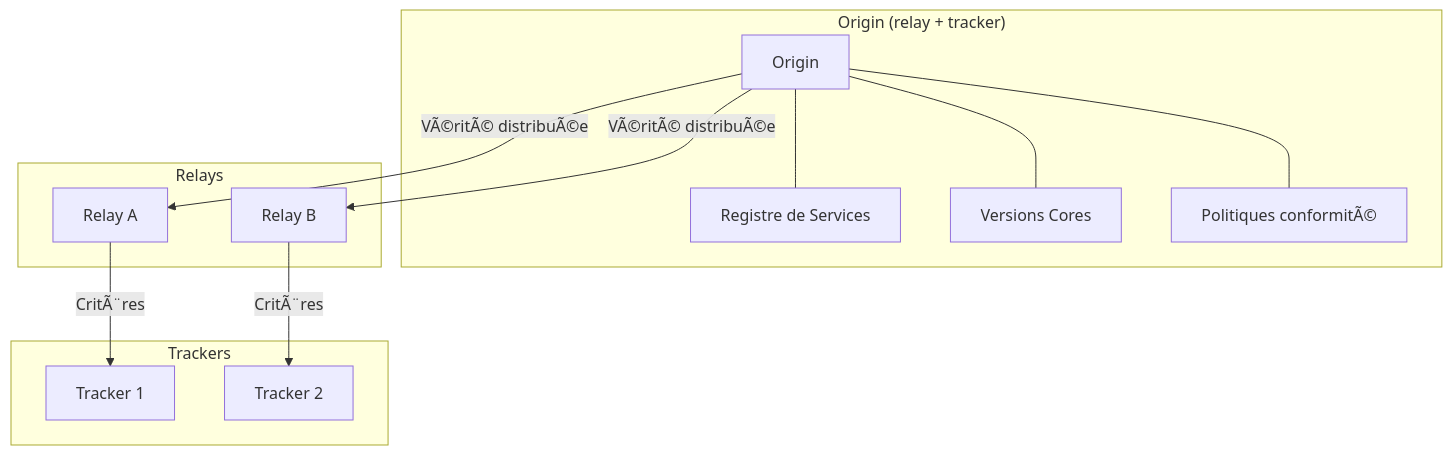
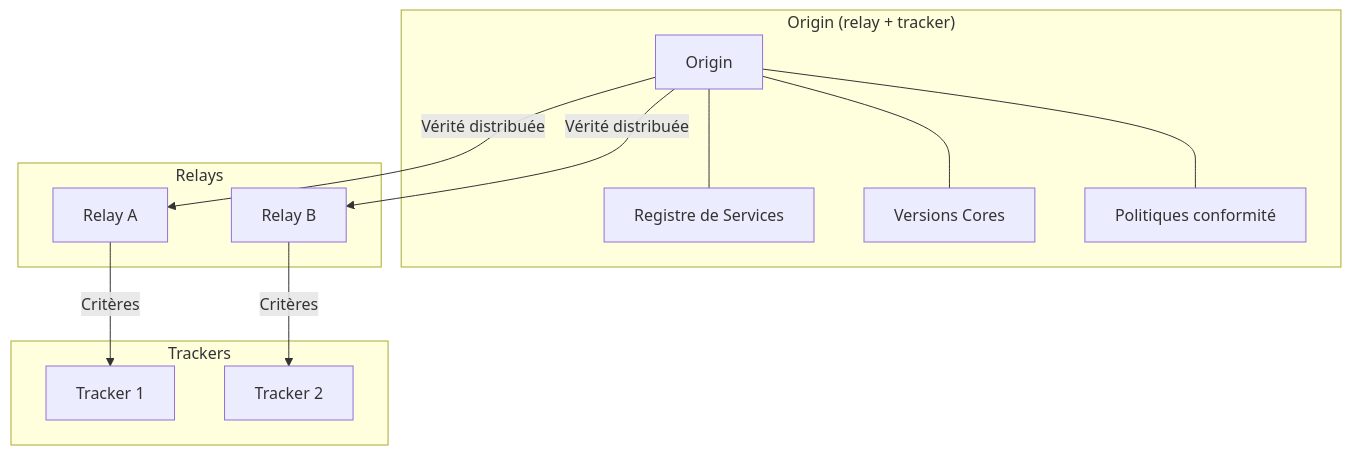
Before and after one commit to StudioMiyukini/miyukini_cog: the first of 2 diagrams in docs/miyukini-webway-system/acteurs/MWS - Origin.md, drawn with Mermaid. The commit also changed other lines of this file and 564 other files, not shown here.

````diff
--- a/docs/miyukini-webway-system/acteurs/MWS - Origin.md
+++ b/docs/miyukini-webway-system/acteurs/MWS - Origin.md
@@ -24,27 +24,27 @@
 ```mermaid
 flowchart TB
     subgraph Origin["Origin (relay + tracker)"]
         O[Origin]
         REG[Registre de Services]
         VER[Versions Cores]
-        POL[Politiques conformitÃ©]
+        POL[Politiques conformité]
         O --- REG
         O --- VER
         O --- POL
     end
 
     subgraph Relays["Relays"]
         R1[Relay A]
         R2[Relay B]
     end
 
     subgraph Trackers["Trackers"]
         T1[Tracker 1]
         T2[Tracker 2]
     end
 
-    O -->|VÃ©ritÃ© distribuÃ©e| R1
-    O -->|VÃ©ritÃ© distribuÃ©e| R2
-    R1 -->|CritÃ¨res| T1
-    R2 -->|CritÃ¨res| T2
+    O -->|Vérité distribuée| R1
+    O -->|Vérité distribuée| R2
+    R1 -->|Critères| T1
+    R2 -->|Critères| T2
 ```
````
